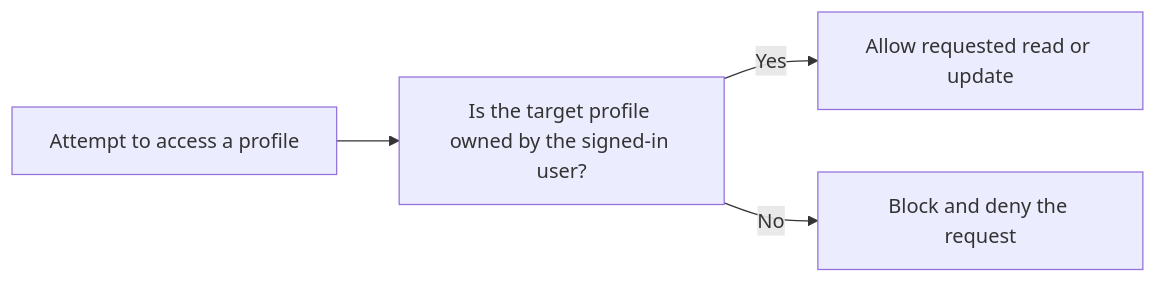
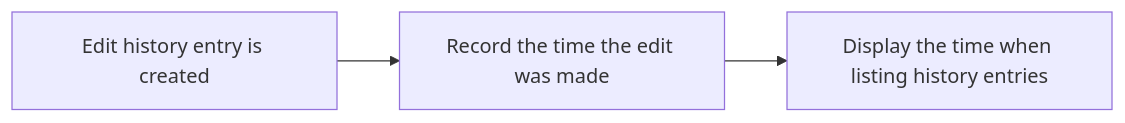
The seventh of 21 diagrams in openai/gpt-5.4-nano/todo/docs/analysis/03-functional-requirements.md (wrtnlabs/autobe-examples), drawn with Mermaid before and after one commit. The commit also changed other lines of this file and 32093 other files, not shown here.

````diff
--- a/openai/gpt-5.4-nano/todo/docs/analysis/03-functional-requirements.md
+++ b/openai/gpt-5.4-nano/todo/docs/analysis/03-functional-requirements.md
@@ -158,6 +323,5 @@
 ```mermaid
 flowchart LR
-    A["Attempt to access a profile"] --> B["Is the target profile owned by the signed-in user?"]
-    B -->|"Yes"| C["Allow requested read or update"]
-    B -->|"No"| D["Block and deny the request"]
+    A["Edit history entry is created"] --> B["Record the time the edit was made"]
+    B --> C["Display the time when listing history entries"]
 ```
````
